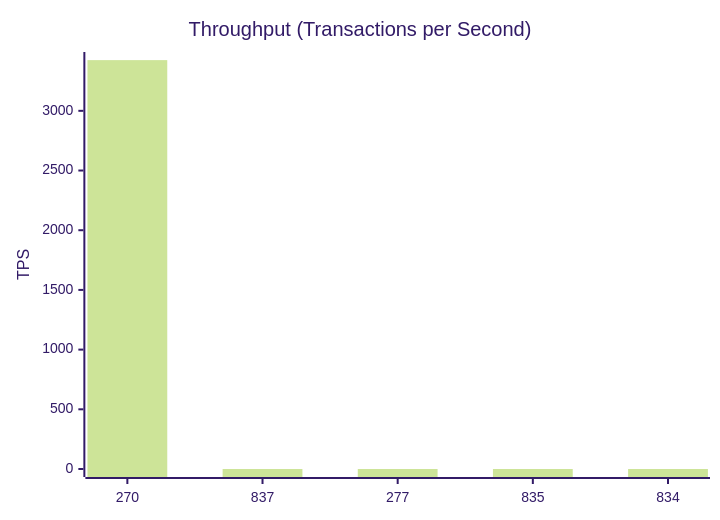
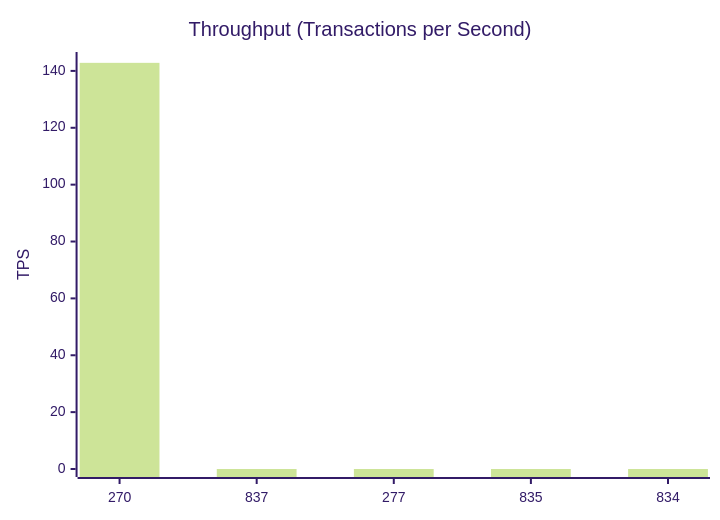
The second of 10 diagrams in test-tools/DataGen/src/Statistics_Visualizer.md (dhagan-va/intern-2025), drawn with Mermaid (forest theme) before and after one commit. The commit also changed other lines of this file and 6 other files, not shown here.

````diff
--- a/test-tools/DataGen/src/Statistics_Visualizer.md
+++ b/test-tools/DataGen/src/Statistics_Visualizer.md
@@ -30,7 +30,7 @@
 ```mermaid
 xychart-beta
     title "Throughput (Transactions per Second)"
     x-axis ["270", "837", "277", "835", "834"]
-    y-axis "TPS" 0 --> 3425.657534246576
-    bar [3424.657534246576, 0.0, 0.0, 0.0, 0.0]
+    y-axis "TPS" 0 --> 143.836737608913
+    bar [142.836737608913, 0.0, 0.0, 0.0, 0.0]
 ```
````
